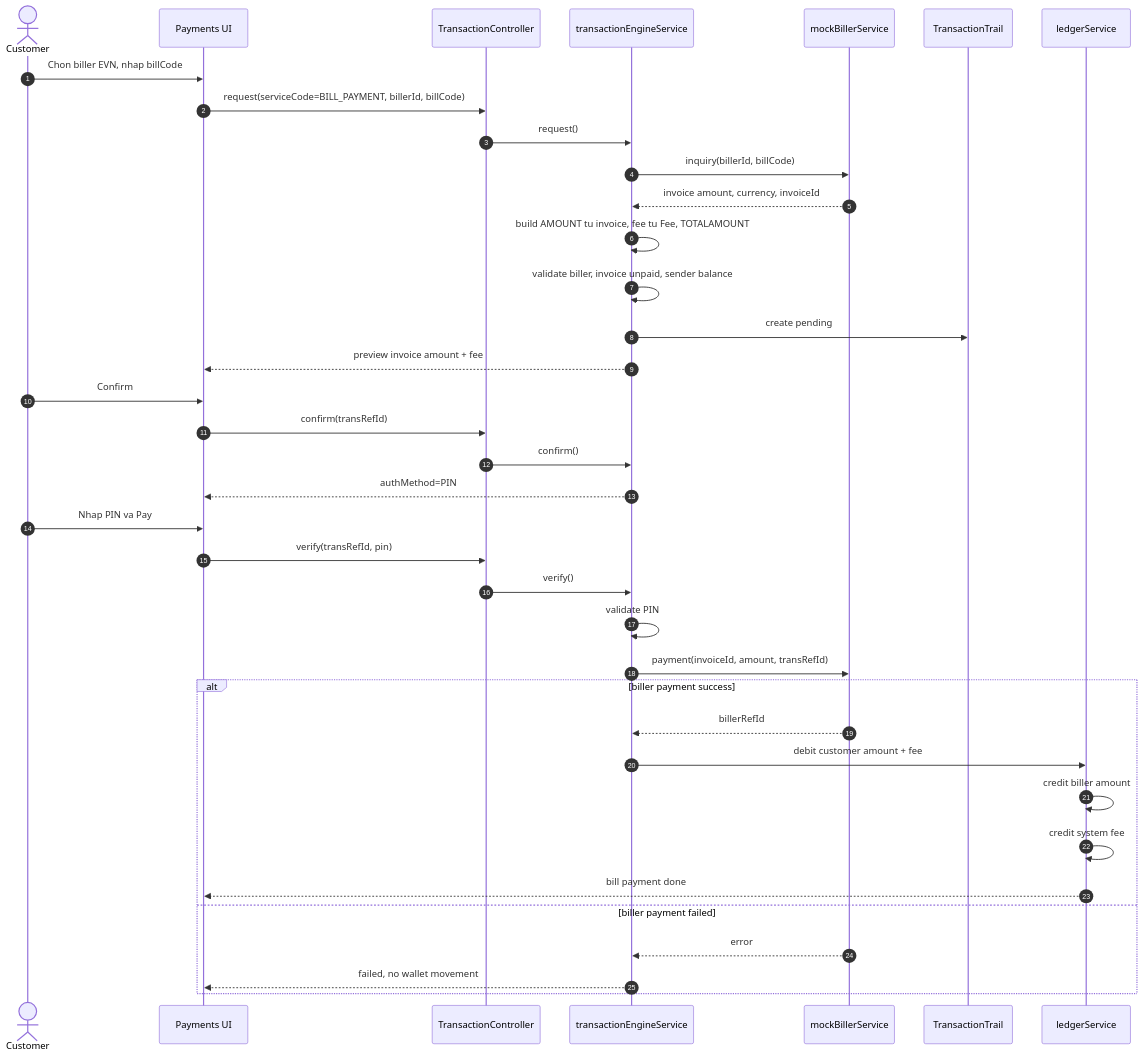
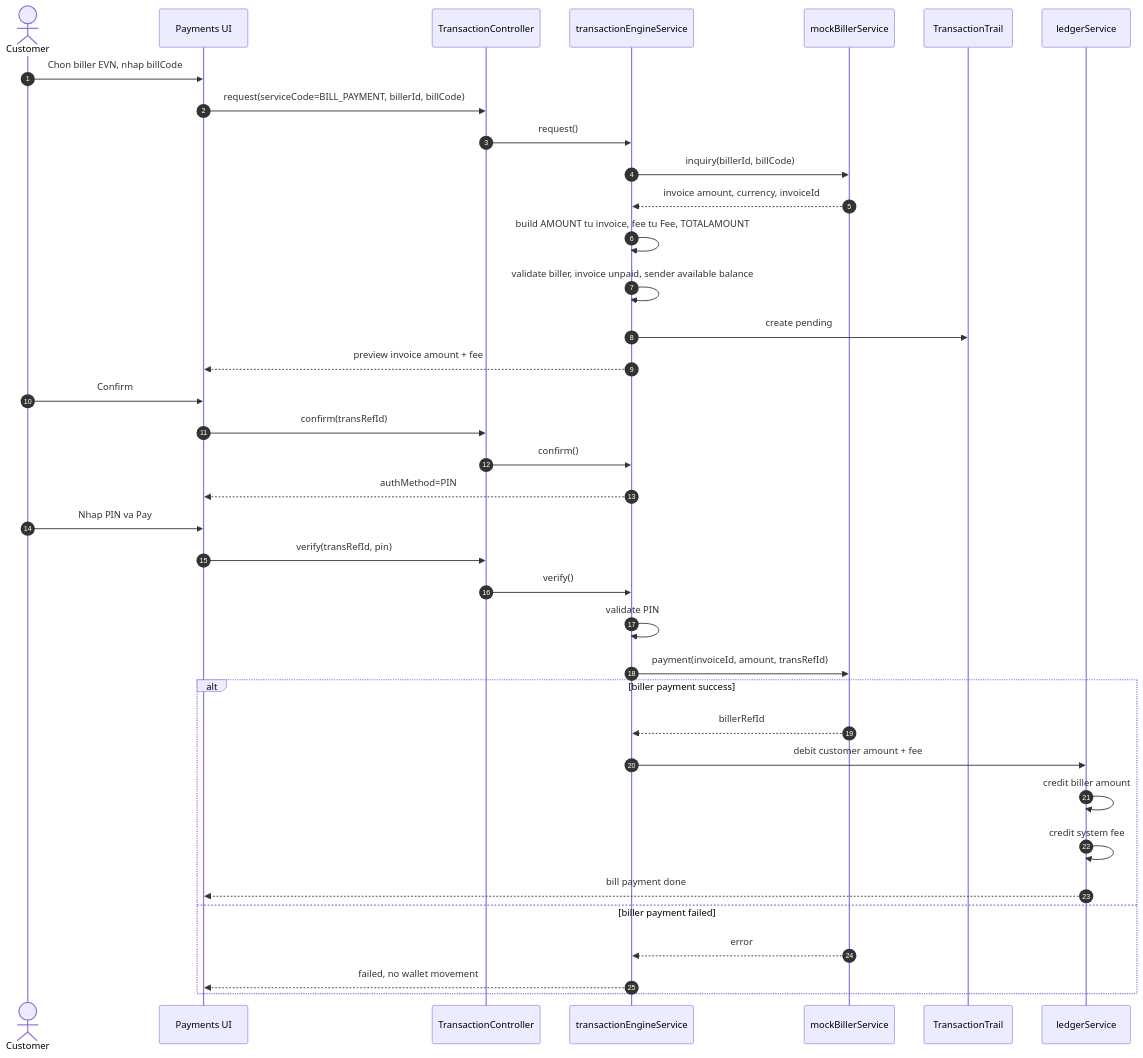
One commit to Lawliet119/Mini-Wallet-Jits changed the sixth of 6 diagrams in docs/SEQUENCE_DIAGRAMS.md. Above: the diagram before and after it, drawn with Mermaid. The commit also changed other lines of this file and 12 other files, not shown here.

````diff
--- a/docs/SEQUENCE_DIAGRAMS.md
+++ b/docs/SEQUENCE_DIAGRAMS.md
@@ -211,42 +211,42 @@
 ```mermaid
 sequenceDiagram
     autonumber
     actor C as Customer
     participant UI as Payments UI
     participant API as TransactionController
     participant Engine as transactionEngineService
     participant Biller as mockBillerService
     participant Trail as TransactionTrail
     participant Ledger as ledgerService
 
     C->>UI: Chon biller EVN, nhap billCode
     UI->>API: request(serviceCode=BILL_PAYMENT, billerId, billCode)
     API->>Engine: request()
     Engine->>Biller: inquiry(billerId, billCode)
     Biller-->>Engine: invoice amount, currency, invoiceId
     Engine->>Engine: build AMOUNT tu invoice, fee tu Fee, TOTALAMOUNT
-    Engine->>Engine: validate biller, invoice unpaid, sender balance
+    Engine->>Engine: validate biller, invoice unpaid, sender available balance
     Engine->>Trail: create pending
     Engine-->>UI: preview invoice amount + fee
 
     C->>UI: Confirm
     UI->>API: confirm(transRefId)
     API->>Engine: confirm()
     Engine-->>UI: authMethod=PIN
 
     C->>UI: Nhap PIN va Pay
     UI->>API: verify(transRefId, pin)
     API->>Engine: verify()
     Engine->>Engine: validate PIN
     Engine->>Biller: payment(invoiceId, amount, transRefId)
     alt biller payment success
         Biller-->>Engine: billerRefId
         Engine->>Ledger: debit customer amount + fee
         Ledger->>Ledger: credit biller amount
         Ledger->>Ledger: credit system fee
         Ledger-->>UI: bill payment done
     else biller payment failed
         Biller-->>Engine: error
         Engine-->>UI: failed, no wallet movement
     end
 ```
````
